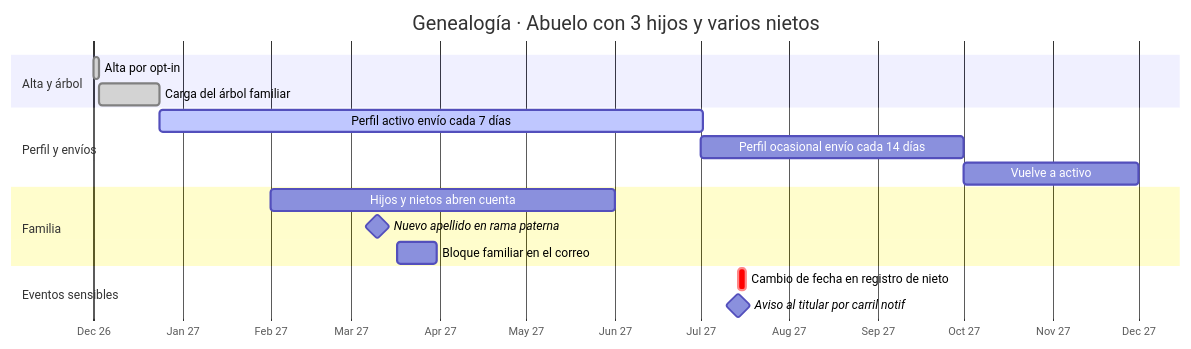
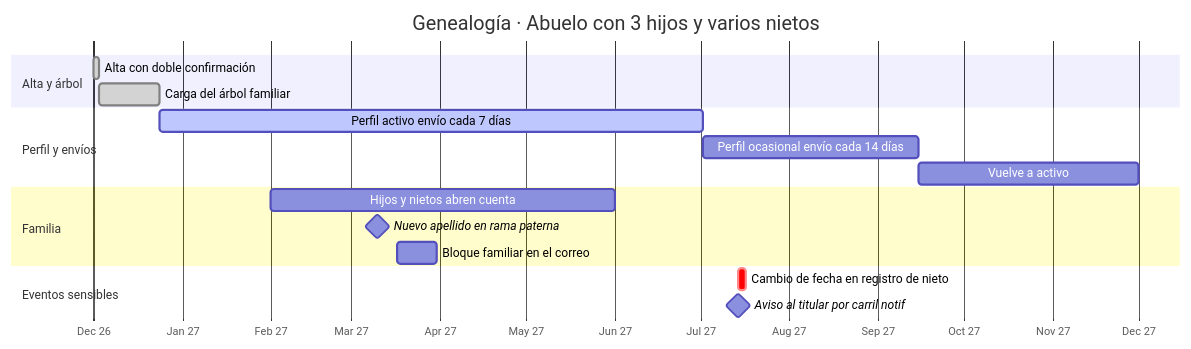
Before and after one commit to lol-protocol/php: the diagram in newsletter-plugin/docs/gantt/conce-genealogia-abuelo.md, drawn with Mermaid. The commit also changed other lines of this file and 12 other files, not shown here.

````diff
--- a/newsletter-plugin/docs/gantt/conce-genealogia-abuelo.md
+++ b/newsletter-plugin/docs/gantt/conce-genealogia-abuelo.md
@@ -7,20 +7,20 @@
 ```mermaid
 gantt
   title Genealogía · Abuelo con 3 hijos y varios nietos
   dateFormat YYYY-MM-DD
   axisFormat %b %y
   section Alta y árbol
-  Alta por opt-in                  :done, g1a, 2026-12-01, 2d
+  Alta con doble confirmación                  :done, g1a, 2026-12-01, 2d
   Carga del árbol familiar         :done, g1b, 2026-12-03, 21d
   section Perfil y envíos
   Perfil activo envío cada 7 días  :active, g1c, 2026-12-24, 190d
-  Perfil ocasional envío cada 14 días :g1d, 2027-07-01, 92d
-  Vuelve a activo                  :g1e, 2027-10-01, 61d
+  Perfil ocasional envío cada 14 días :g1d, 2027-07-02, 75d
+  Vuelve a activo                  :g1e, 2027-09-15, 77d
   section Familia
   Hijos y nietos abren cuenta      :g1f, 2027-02-01, 120d
   Nuevo apellido en rama paterna   :milestone, g1g, 2027-03-10, 0d
   Bloque familiar en el correo     :g1h, 2027-03-17, 14d
   section Eventos sensibles
   Cambio de fecha en registro de nieto :crit, g1i, 2027-07-14, 3d
   Aviso al titular por carril notif    :milestone, g1j, 2027-07-14, 0d
 ```
````
